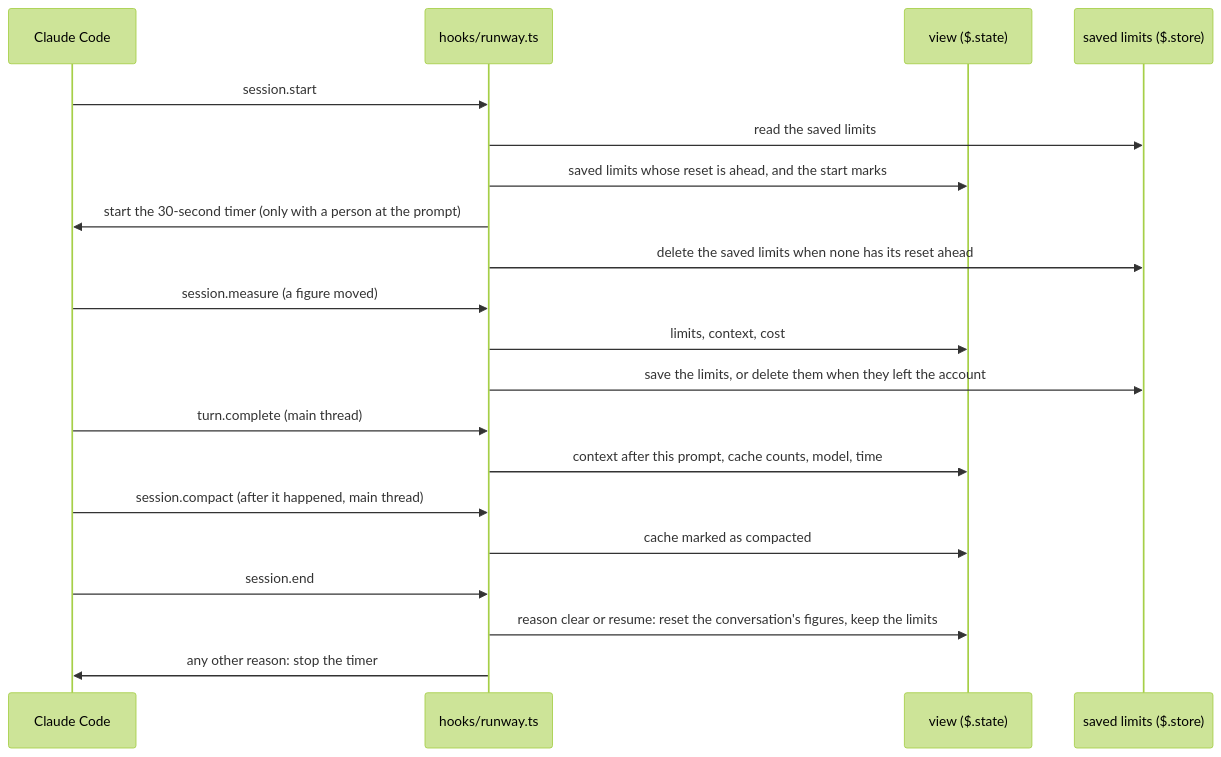
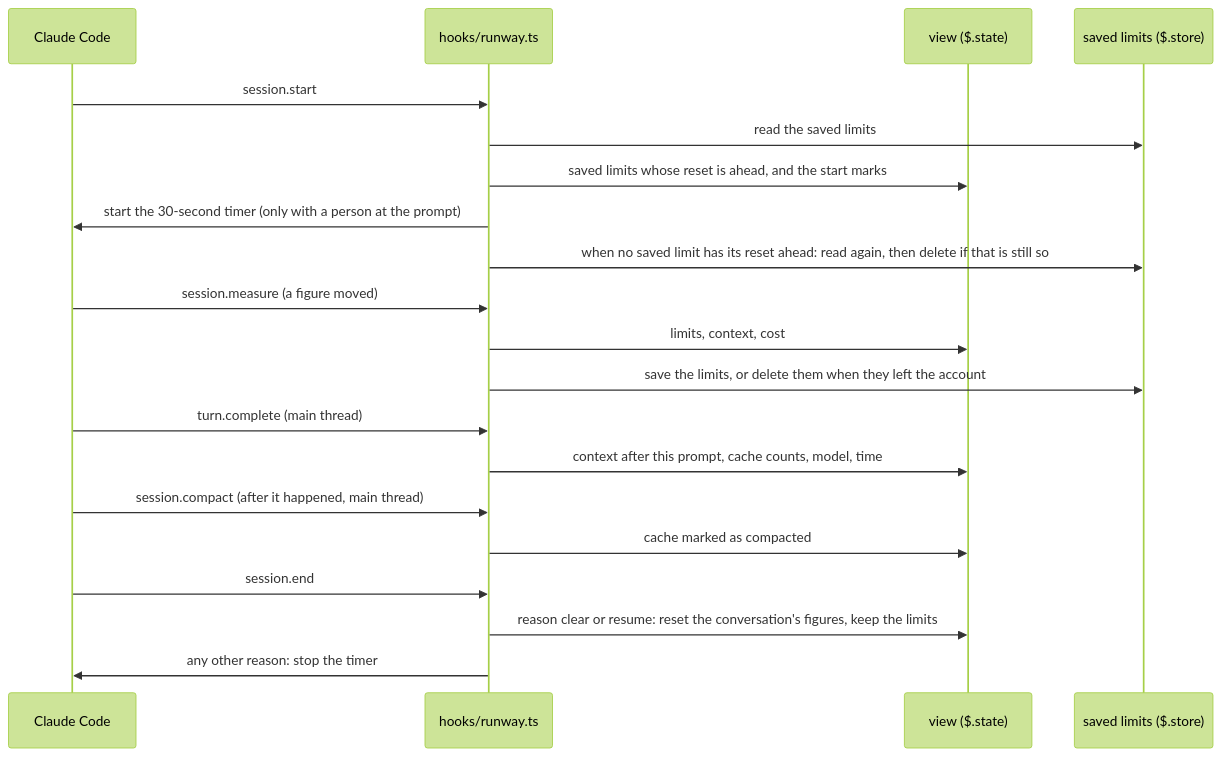
Before and after one commit to tmathura/claude-runway: the second of 3 diagrams in docs/architecture.md, drawn with Mermaid (forest theme). The commit also changed 3 other files, not shown here.

````diff
--- a/docs/architecture.md
+++ b/docs/architecture.md
@@ -54,22 +54,22 @@
 ```mermaid
 sequenceDiagram
   participant CC as Claude Code
   participant H as hooks/runway.ts
   participant V as view ($.state)
   participant S as saved limits ($.store)
   CC->>H: session.start
   H->>S: read the saved limits
   H->>V: saved limits whose reset is ahead, and the start marks
   H->>CC: start the 30-second timer (only with a person at the prompt)
-  H->>S: delete the saved limits when none has its reset ahead
+  H->>S: when no saved limit has its reset ahead: read again, then delete if that is still so
   CC->>H: session.measure (a figure moved)
   H->>V: limits, context, cost
   H->>S: save the limits, or delete them when they left the account
   CC->>H: turn.complete (main thread)
   H->>V: context after this prompt, cache counts, model, time
   CC->>H: session.compact (after it happened, main thread)
   H->>V: cache marked as compacted
   CC->>H: session.end
   H->>V: reason clear or resume: reset the conversation's figures, keep the limits
   H->>CC: any other reason: stop the timer
 ```
````
